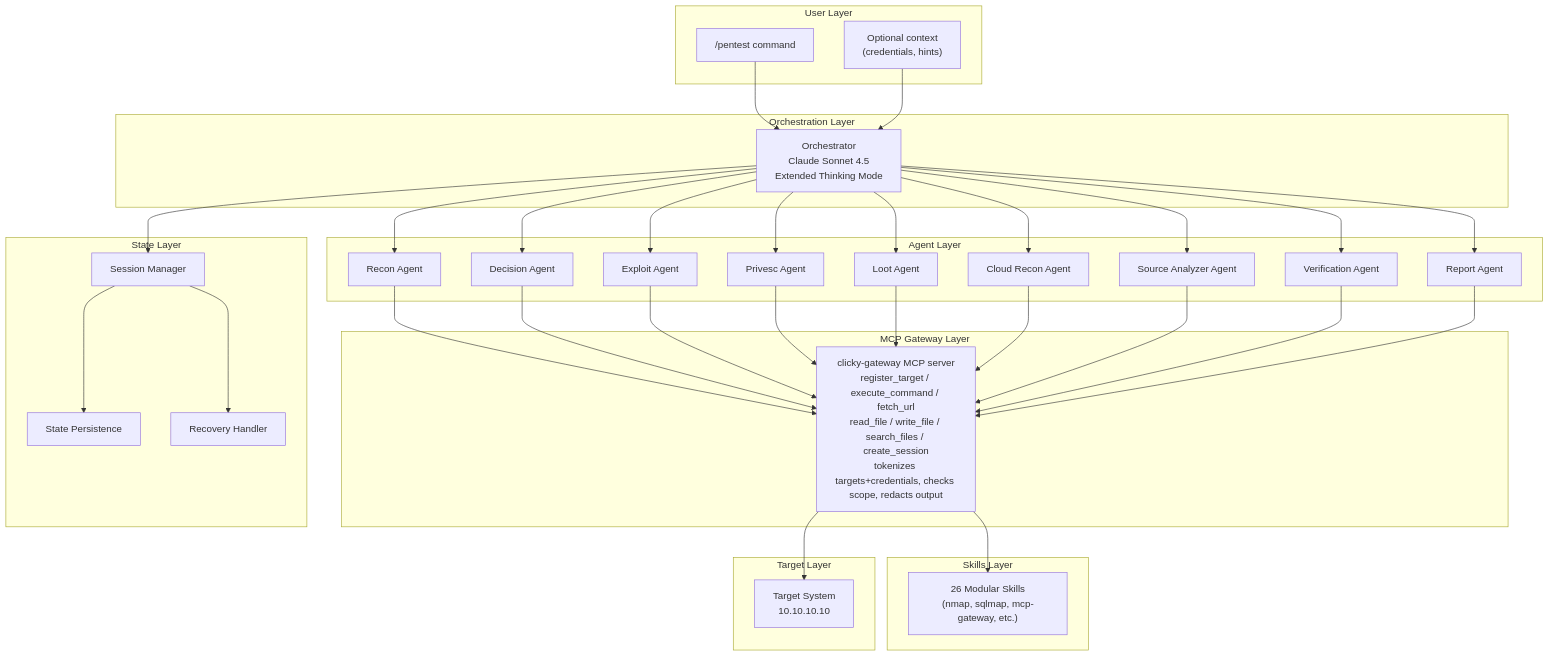
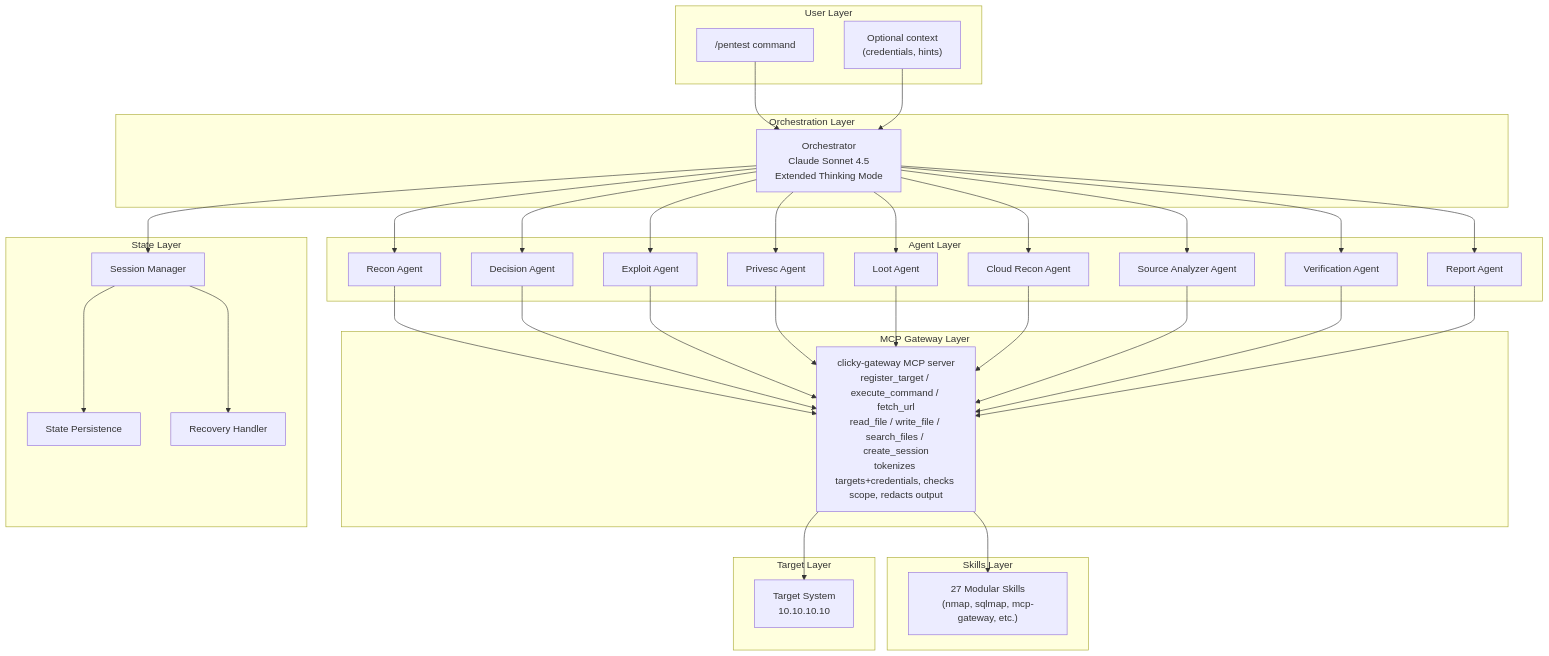
The first of 7 diagrams in docs/architecture.md (goldenapplestudios/Clicky), drawn with Mermaid before and after one commit. The commit also changed other lines of this file and 9 other files, not shown here.

````diff
--- a/docs/architecture.md
+++ b/docs/architecture.md
@@ -43,70 +43,70 @@
 ```mermaid
 flowchart TB
     subgraph UserLayer["User Layer"]
         CMD["/pentest command"]
         CTX["Optional context<br/>(credentials, hints)"]
     end
 
     subgraph OrchLayer["Orchestration Layer"]
         ORCH["Orchestrator<br/>Claude Sonnet 4.5<br/>Extended Thinking Mode"]
     end
 
     subgraph AgentLayer["Agent Layer"]
         RECON["Recon Agent"]
         DECISION["Decision Agent"]
         EXPLOIT["Exploit Agent"]
         PRIVESC["Privesc Agent"]
         LOOT["Loot Agent"]
         CLOUD["Cloud Recon Agent"]
         SOURCE["Source Analyzer Agent"]
         VERIFY["Verification Agent"]
         REPORT["Report Agent"]
     end
 
     subgraph GatewayLayer["MCP Gateway Layer"]
         GW["clicky-gateway MCP server<br/>register_target / execute_command / fetch_url<br/>read_file / write_file / search_files / create_session<br/>tokenizes targets+credentials, checks scope, redacts output"]
     end
 
     subgraph SkillLayer["Skills Layer"]
-        SKILLS["26 Modular Skills<br/>(nmap, sqlmap, mcp-gateway, etc.)"]
+        SKILLS["27 Modular Skills<br/>(nmap, sqlmap, mcp-gateway, etc.)"]
     end
 
     subgraph StateLayer["State Layer"]
         SESSION["Session Manager"]
         PERSIST["State Persistence"]
         RECOVER["Recovery Handler"]
     end
 
     subgraph TargetLayer["Target Layer"]
         TARGET["Target System<br/>10.10.10.10"]
     end
 
     CMD --> ORCH
     CTX --> ORCH
     ORCH --> RECON
     ORCH --> DECISION
     ORCH --> EXPLOIT
     ORCH --> PRIVESC
     ORCH --> LOOT
     ORCH --> CLOUD
     ORCH --> SOURCE
     ORCH --> VERIFY
     ORCH --> REPORT
 
     RECON --> GW
     DECISION --> GW
     EXPLOIT --> GW
     PRIVESC --> GW
     LOOT --> GW
     CLOUD --> GW
     SOURCE --> GW
     VERIFY --> GW
     REPORT --> GW
 
     GW --> SKILLS
     GW --> TARGET
 
     ORCH --> SESSION
     SESSION --> PERSIST
     SESSION --> RECOVER
 ```
````
